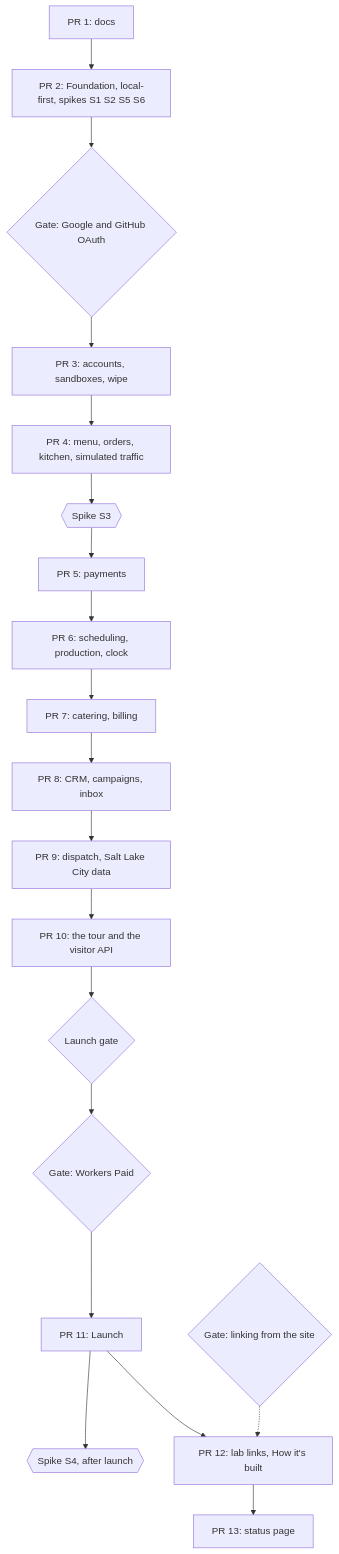
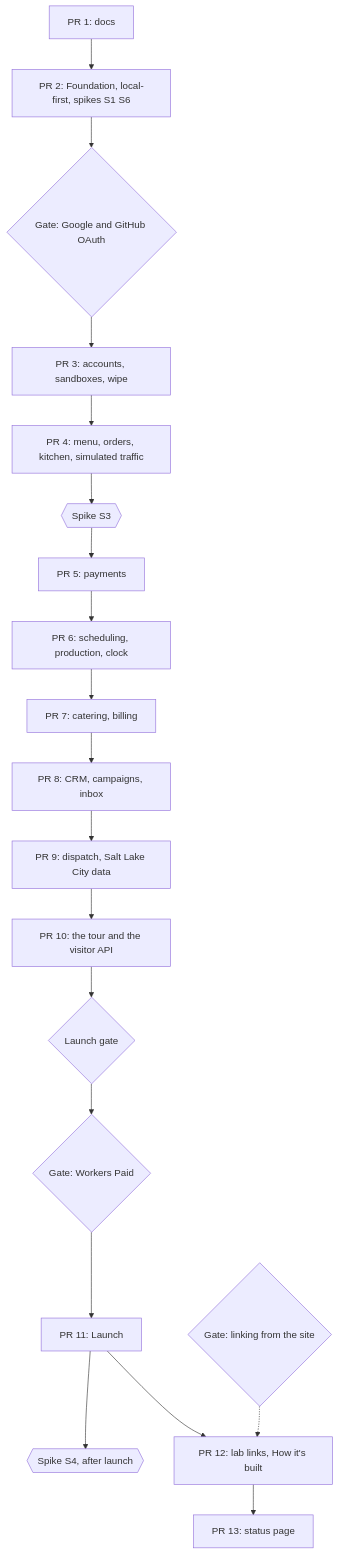
The diagram in docs/roadmap.md (IHaveASegway/bakery), drawn with Mermaid before and after one commit. The commit also changed other lines of this file, not shown here.

Commit message:
Roadmap: building continues while PR 2 waits; S2 moves to PR 3

````diff
--- a/docs/roadmap.md
+++ b/docs/roadmap.md
@@ -68,12 +68,12 @@
 ```mermaid
 flowchart TB
-  P1["PR 1: docs"] --> P2["PR 2: Foundation, local-first, spikes S1 S2 S5 S6"]
+  P1["PR 1: docs"] --> P2["PR 2: Foundation, local-first, spikes S1 S6"]
   P2 --> OG{"Gate: Google and GitHub OAuth"} --> P3["PR 3: accounts, sandboxes, wipe"] --> P4["PR 4: menu, orders, kitchen, simulated traffic"]
   P4 --> S3{{"Spike S3"}} --> P5["PR 5: payments"]
   P5 --> P6["PR 6: scheduling, production, clock"] --> P7["PR 7: catering, billing"] --> P8["PR 8: CRM, campaigns, inbox"] --> P9["PR 9: dispatch, Salt Lake City data"]
   P9 --> P10["PR 10: the tour and the visitor API"]
   P10 --> LG{"Launch gate"} --> WP{"Gate: Workers Paid"} --> P11["PR 11: Launch"]
   P11 --> S4{{"Spike S4, after launch"}}
   LG2{"Gate: linking from the site"} -.-> P12
   P11 --> P12["PR 12: lab links, How it's built"] --> P13["PR 13: status page"]
 ```
````
